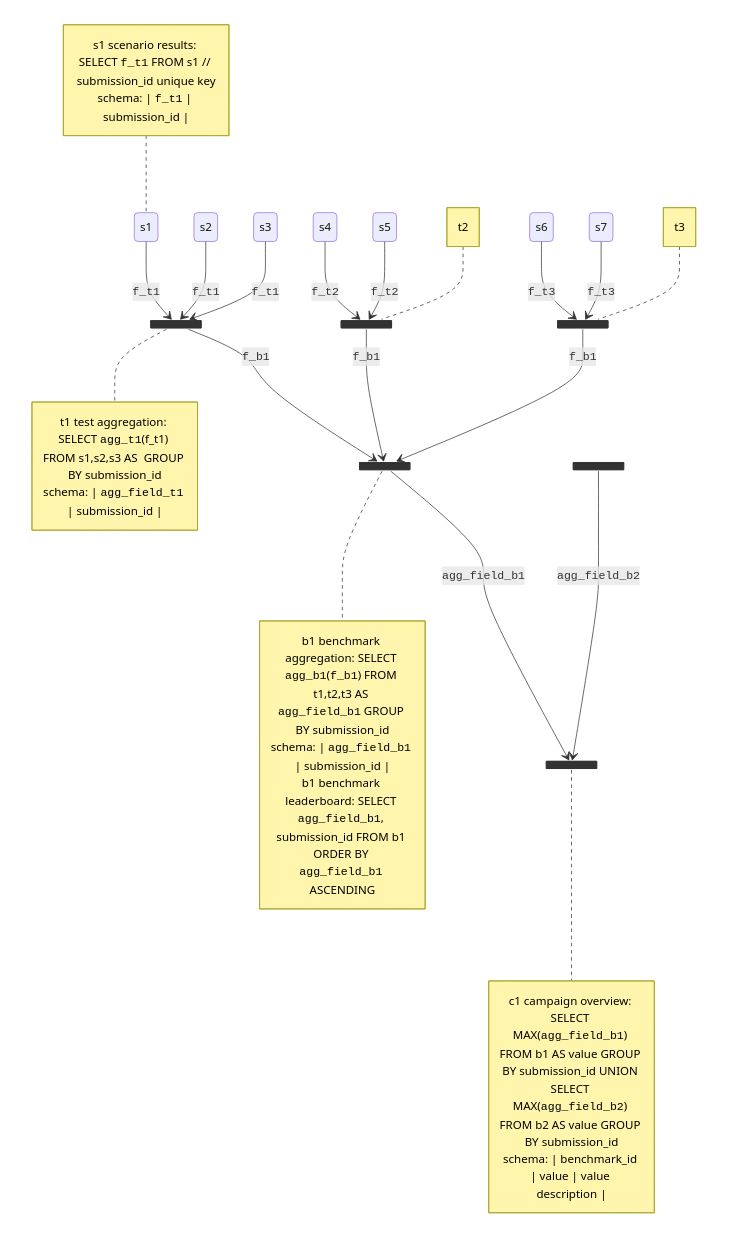
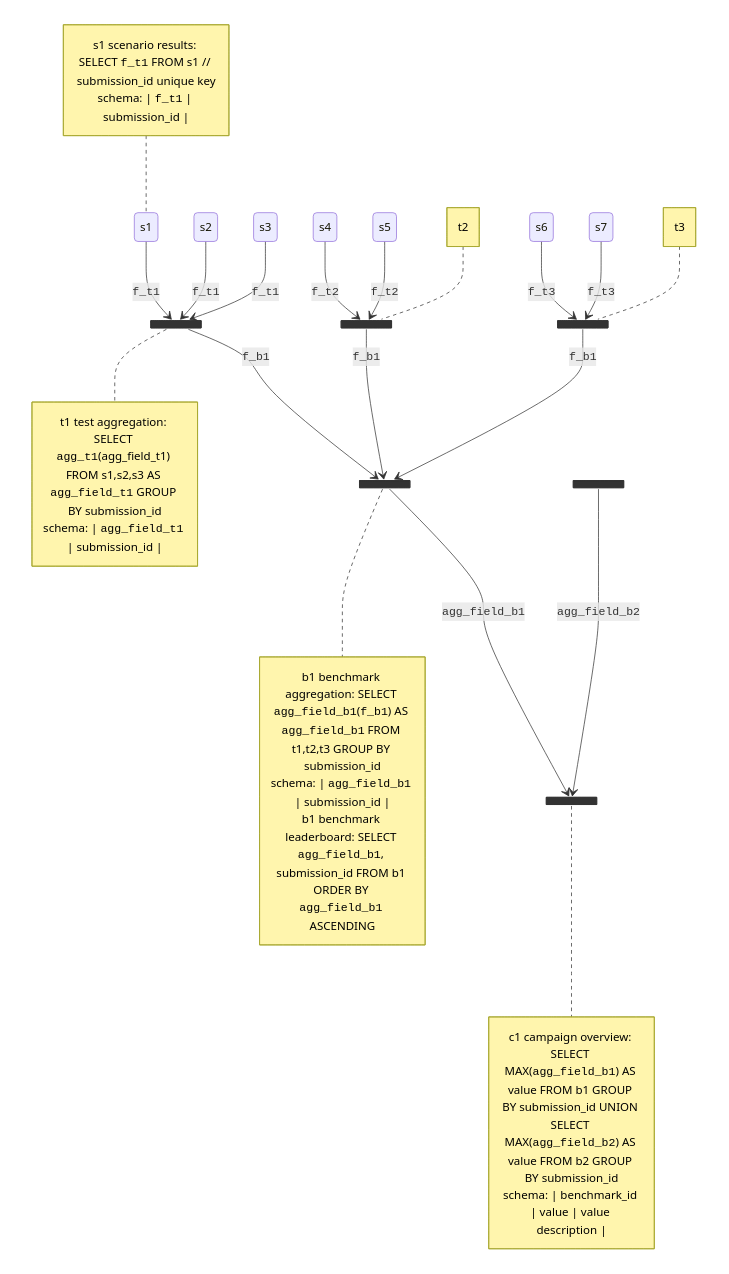
One commit to flatland-association/flatland-benchmarks changed the second of 14 diagrams in docs/ARCHITECTURE.md. Above: the diagram before and after it, drawn with Mermaid. The commit also changed other lines of this file, not shown here.

Commit message:
Simplify aggregation: same field for all children. Make weights optional.

````diff
--- a/docs/ARCHITECTURE.md
+++ b/docs/ARCHITECTURE.md
@@ -408,44 +407,44 @@
 ```mermaid
 stateDiagram-v2
   state t1 <<join>>
   state t2 <<join>>
   state t3 <<join>>
   state b1 <<join>>
   state b2 <<join>>
   state c1 <<join>>
   s1 --> t1: <code>f_t1</code>
   note left of s1
     s1 scenario results: SELECT <code>f_t1</code> FROM s1 // submission_id unique key
     schema: | <code>f_t1</code> | submission_id |
   end note
   s2 --> t1: <code>f_t1</code>
   s3 --> t1: <code>f_t1</code>
   s4 --> t2: <code>f_t2</code>
   s5 --> t2: <code>f_t2</code>
   s6 --> t3: <code>f_t3</code>
   s7 --> t3: <code>f_t3</code>
   t1 --> b1: <code>f_b1</code>
   t2 --> b1: <code>f_b1</code>
   t3 --> b1: <code>f_b1</code>
   note right of t1
-    t1 test aggregation: SELECT <code>agg_t1</code>(f_t1) FROM s1,s2,s3 AS <agg_field_t1> GROUP BY submission_id
+    t1 test aggregation: SELECT <code>agg_t1</code>(agg_field_t1) FROM s1,s2,s3 AS <code>agg_field_t1</code> GROUP BY submission_id
     schema: | <code>agg_field_t1</code> | submission_id |
   end note
   note left of t2
     t2
   end note
   note left of t3
     t3
   end note
   note right of b1
-    b1 benchmark aggregation: SELECT <code>agg_b1</code>(<code>f_b1</code>) FROM t1,t2,t3 AS <code>agg_field_b1</code> GROUP BY submission_id
+    b1 benchmark aggregation: SELECT <code>agg_field_b1</code>(<code>f_b1</code>) AS <code>agg_field_b1</code> FROM t1,t2,t3 GROUP BY submission_id
     schema: | <code>agg_field_b1</code> | submission_id |
     b1 benchmark leaderboard: SELECT <code>agg_field_b1</code>, submission_id FROM b1 ORDER BY <code>agg_field_b1</code> ASCENDING
   end note
   b1 --> c1: <code>agg_field_b1</code>
   b2 --> c1: <code>agg_field_b2</code>
   note right of c1
-    c1 campaign overview: SELECT MAX(<code>agg_field_b1</code>) FROM b1 AS value GROUP BY submission_id UNION SELECT MAX(<code>agg_field_b2</code>) FROM b2 AS value GROUP BY submission_id
+    c1 campaign overview: SELECT MAX(<code>agg_field_b1</code>) AS value FROM b1 GROUP BY submission_id UNION SELECT MAX(<code>agg_field_b2</code>) AS value FROM b2 GROUP BY submission_id
     schema: | benchmark_id | value | value description |
   end note
 ```
````
